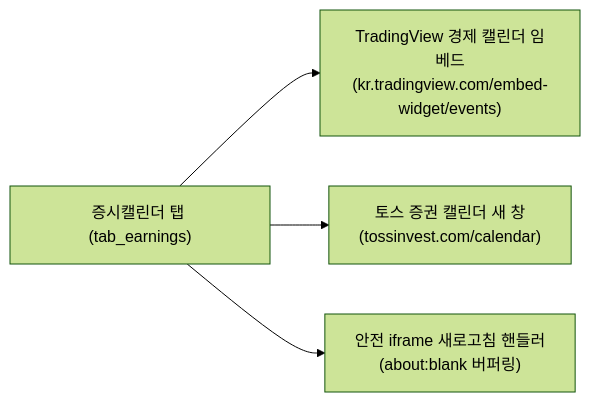
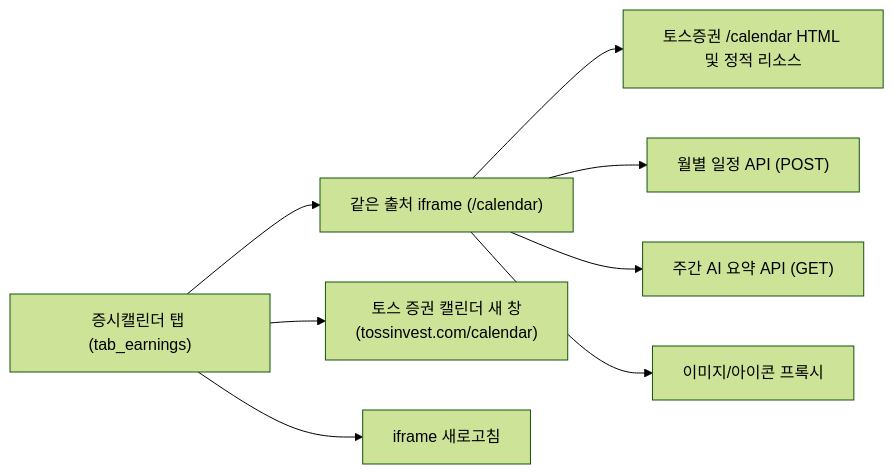
One commit to idhaha/kiwoom_realtimerank changed the fifth of 5 diagrams in docs/SYSTEM_SPECIFICATION.md. Above: the diagram before and after it, drawn with Mermaid (forest theme). The commit also changed other lines of this file and 3 other files, not shown here.

````diff
--- a/docs/SYSTEM_SPECIFICATION.md
+++ b/docs/SYSTEM_SPECIFICATION.md
@@ -444,7 +445,10 @@
 ```mermaid
 flowchart LR
-    EarningsTab["증시캘린더 탭 (tab_earnings)"]
-    EarningsTab --> TVWidget["TradingView 경제 캘린더 임베드<br/>(kr.tradingview.com/embed-widget/events)"]
+    EarningsTab["증시캘린더 탭 (tab_earnings)"] --> Iframe["같은 출처 iframe (/calendar)"]
+    Iframe --> Page["토스증권 /calendar HTML 및 정적 리소스"]
+    Iframe --> MonthlyAPI["월별 일정 API (POST)"]
+    Iframe --> SummaryAPI["주간 AI 요약 API (GET)"]
+    Iframe --> ImageProxy["이미지/아이콘 프록시"]
     EarningsTab --> TossBtn["토스 증권 캘린더 새 창<br/>(tossinvest.com/calendar)"]
-    EarningsTab --> Refresh["안전 iframe 새로고침 핸들러<br/>(about:blank 버퍼링)"]
+    EarningsTab --> Refresh["iframe 새로고침"]
 ```
````
